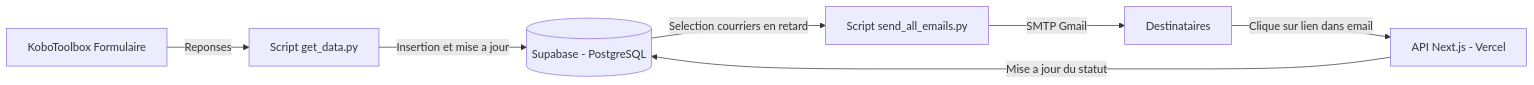
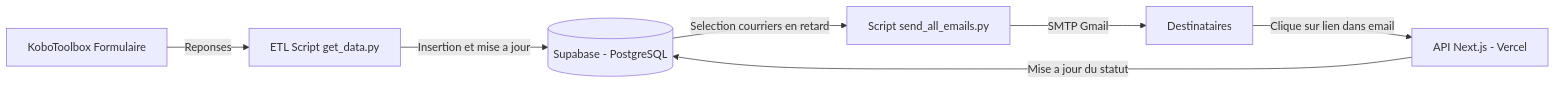
The diagram in README.md (gestioncourriervivoenergy/servicecourier), drawn with Mermaid before and after one commit.

````diff
--- a/README.md
+++ b/README.md
@@ -20,9 +20,9 @@
 ```mermaid
 flowchart LR
-    A[KoboToolbox Formulaire] -->|Reponses| B[Script get_data.py]
+    A[KoboToolbox Formulaire] -->|Reponses| B[ETL Script get_data.py]
     B -->|Insertion et mise a jour| C[(Supabase - PostgreSQL)]
     C -->|Selection courriers en retard| D[Script send_all_emails.py]
     D -->|SMTP Gmail| E[Destinataires]
     E -->|Clique sur lien dans email| F[API Next.js - Vercel]
     F -->|Mise a jour du statut| C
 ```
````
